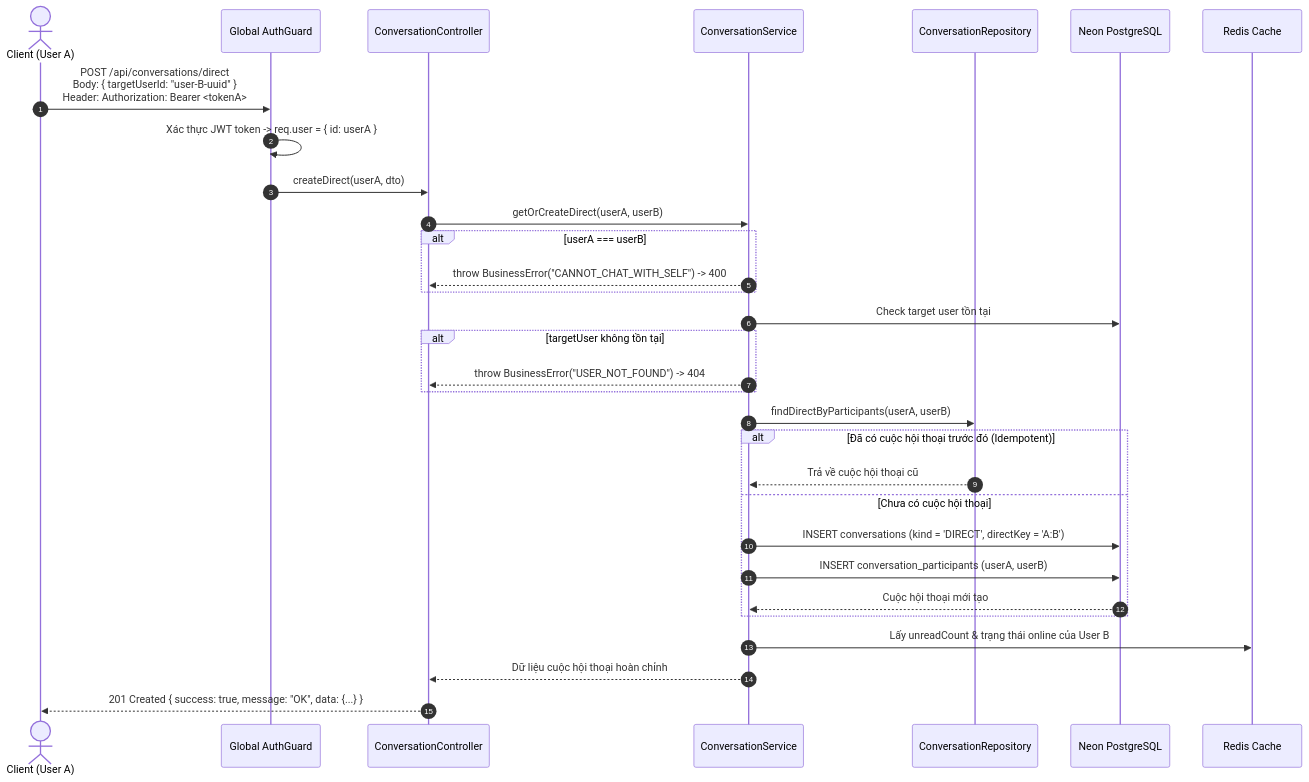
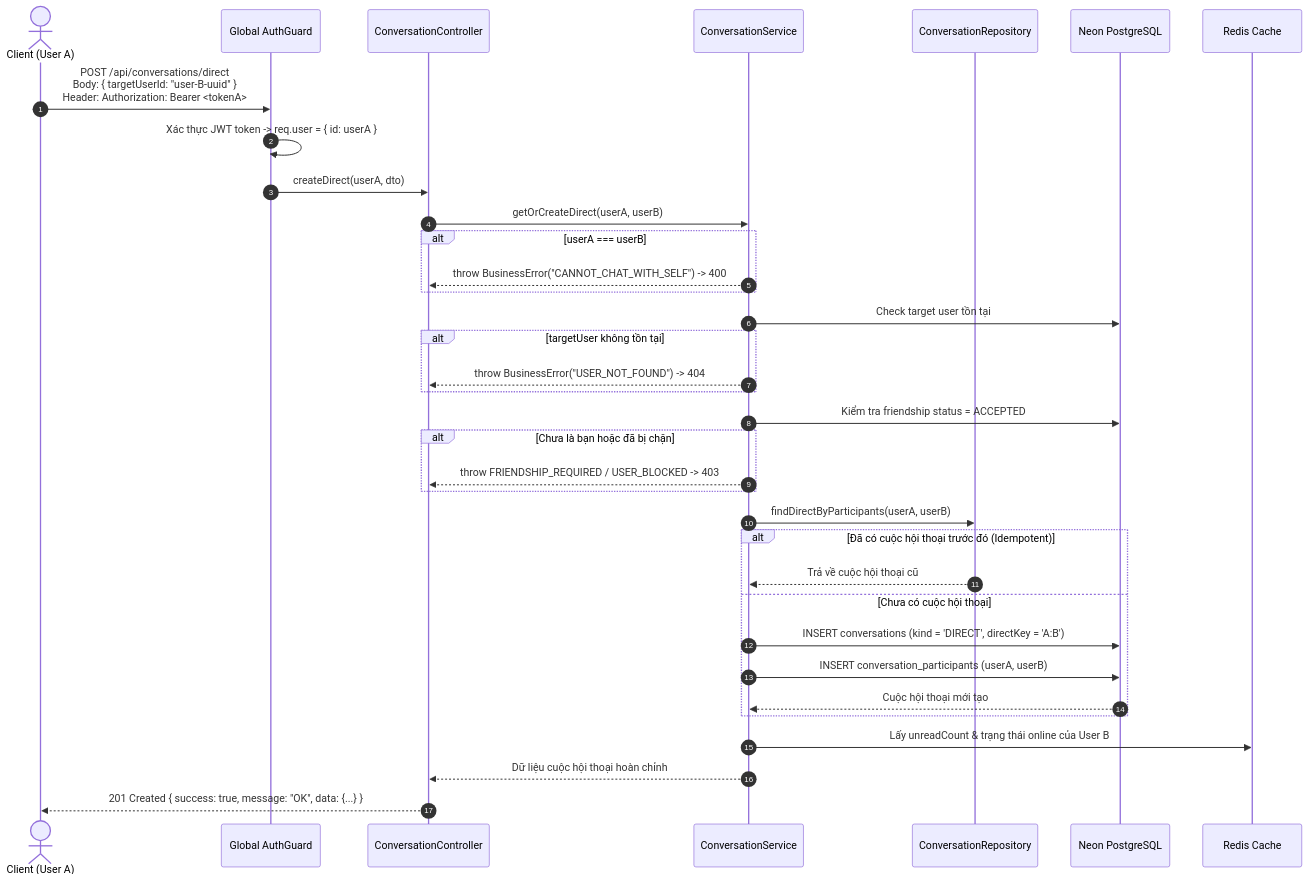
Before and after one commit to chanh-group/docs: the second of 6 diagrams in API_CHAT_1_1.md, drawn with Mermaid. The commit also changed other lines of this file, not shown here.

````diff
--- a/API_CHAT_1_1.md
+++ b/API_CHAT_1_1.md
@@ -108,34 +109,38 @@
 ```mermaid
 sequenceDiagram
     autonumber
     actor Client as Client (User A)
     participant AG as Global AuthGuard
     participant Ctrl as ConversationController
     participant Svc as ConversationService
     participant Repo as ConversationRepository
     participant DB as Neon PostgreSQL
     participant Redis as Redis Cache
 
     Client->>AG: POST /api/conversations/direct<br/>Body: { targetUserId: "user-B-uuid" }<br/>Header: Authorization: Bearer <tokenA>
     AG->>AG: Xác thực JWT token -> req.user = { id: userA }
     AG->>Ctrl: createDirect(userA, dto)
     Ctrl->>Svc: getOrCreateDirect(userA, userB)
     alt userA === userB
         Svc-->>Ctrl: throw BusinessError("CANNOT_CHAT_WITH_SELF") -> 400
     end
     Svc->>DB: Check target user tồn tại
     alt targetUser không tồn tại
         Svc-->>Ctrl: throw BusinessError("USER_NOT_FOUND") -> 404
     end
+    Svc->>DB: Kiểm tra friendship status = ACCEPTED
+    alt Chưa là bạn hoặc đã bị chặn
+        Svc-->>Ctrl: throw FRIENDSHIP_REQUIRED / USER_BLOCKED -> 403
+    end
     Svc->>Repo: findDirectByParticipants(userA, userB)
     alt Đã có cuộc hội thoại trước đó (Idempotent)
         Repo-->>Svc: Trả về cuộc hội thoại cũ
     else Chưa có cuộc hội thoại
         Svc->>DB: INSERT conversations (kind = 'DIRECT', directKey = 'A:B')
         Svc->>DB: INSERT conversation_participants (userA, userB)
         DB-->>Svc: Cuộc hội thoại mới tạo
     end
     Svc->>Redis: Lấy unreadCount & trạng thái online của User B
     Svc-->>Ctrl: Dữ liệu cuộc hội thoại hoàn chỉnh
     Ctrl-->>Client: 201 Created { success: true, message: "OK", data: {...} }
 ```
````
